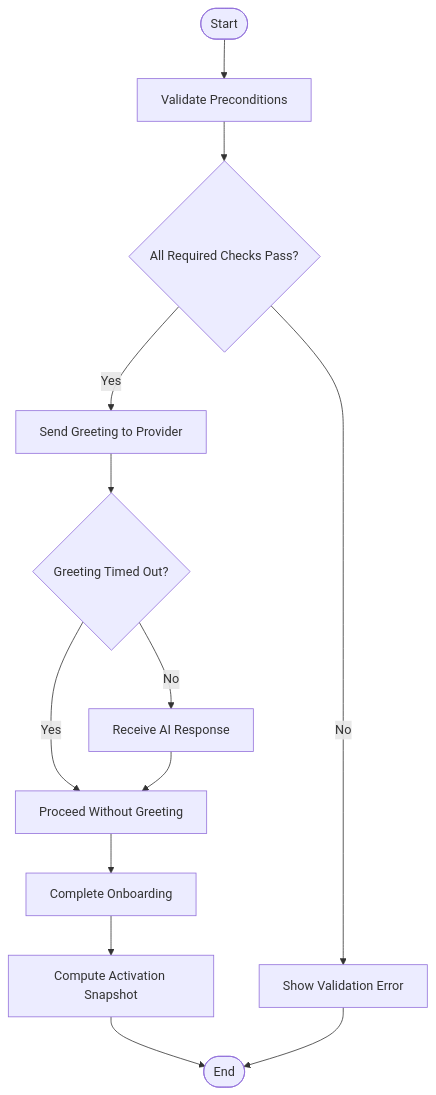
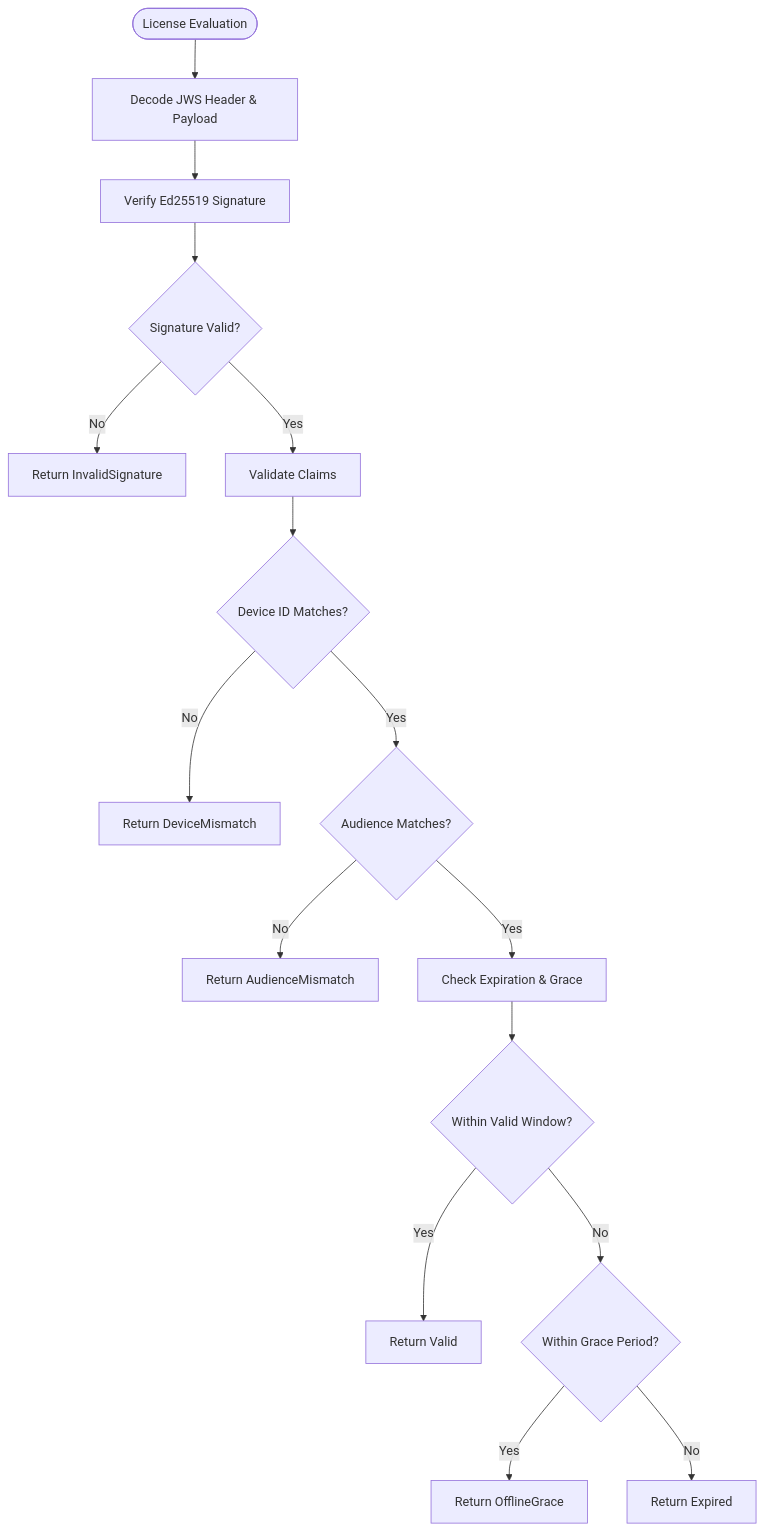
One commit to novolei/if2Ai changed the fourth of 6 diagrams in .qoder/repowiki/en/content/Backend System (Rust)/Module Architecture & Design/Application Layer/Activation Service.md. Above: the diagram before and after it, drawn with Mermaid. The commit also changed other lines of this file and 32 other files, not shown here.

````diff
--- a/.qoder/repowiki/en/content/Backend System (Rust)/Module Architecture & Design/Application Layer/Activation Service.md
+++ b/.qoder/repowiki/en/content/Backend System (Rust)/Module Architecture & Design/Application Layer/Activation Service.md
@@ -196,15 +250,18 @@
 ```mermaid
 flowchart TD
-Start([Start]) --> Validate["Validate Preconditions"]
-Validate --> Valid{"All Required Checks Pass?"}
-Valid --> |No| ShowError["Show Validation Error"]
-Valid --> |Yes| Greet["Send Greeting to Provider"]
-Greet --> Timeout{"Greeting Timed Out?"}
-Timeout --> |Yes| Proceed["Proceed Without Greeting"]
-Timeout --> |No| GotResponse["Receive AI Response"]
-GotResponse --> Proceed
-Proceed --> Complete["Complete Onboarding"]
-Complete --> Snapshot["Compute Activation Snapshot"]
-Snapshot --> End([End])
-ShowError --> End
+Start([License Evaluation]) --> Decode["Decode JWS Header & Payload"]
+Decode --> VerifySig["Verify Ed25519 Signature"]
+VerifySig --> SigValid{"Signature Valid?"}
+SigValid --> |No| ReturnInvalid["Return InvalidSignature"]
+SigValid --> |Yes| ValidateClaims["Validate Claims"]
+ValidateClaims --> DeviceMatch{"Device ID Matches?"}
+DeviceMatch --> |No| ReturnDeviceMismatch["Return DeviceMismatch"]
+DeviceMatch --> |Yes| AudienceMatch{"Audience Matches?"}
+AudienceMatch --> |No| ReturnAudienceMismatch["Return AudienceMismatch"]
+AudienceMatch --> |Yes| CheckExpiry["Check Expiration & Grace"]
+CheckExpiry --> Valid{"Within Valid Window?"}
+Valid --> |Yes| ReturnValid["Return Valid"]
+Valid --> |No| Grace{"Within Grace Period?"}
+Grace --> |Yes| ReturnOfflineGrace["Return OfflineGrace"]
+Grace --> |No| ReturnExpired["Return Expired"]
 ```
````
